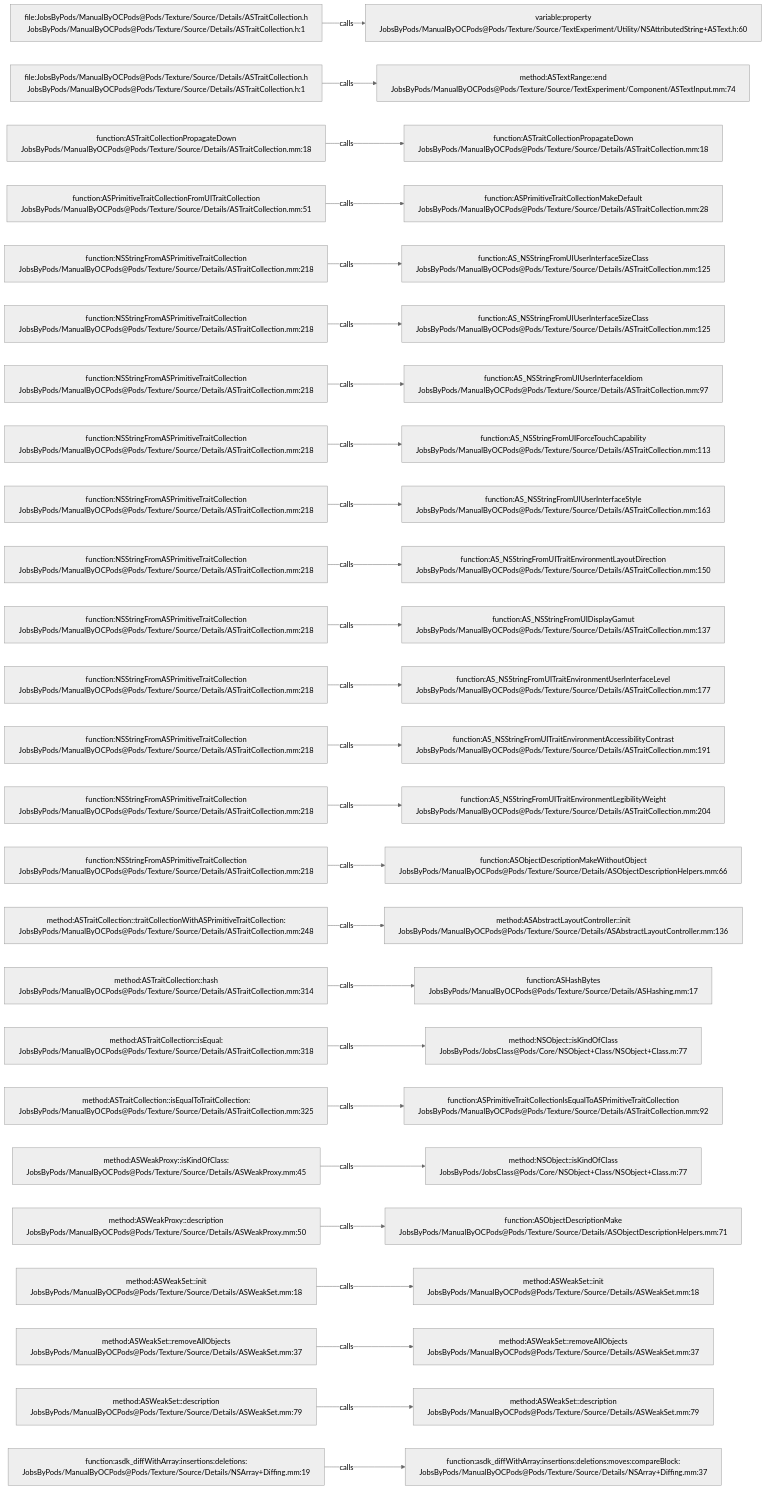
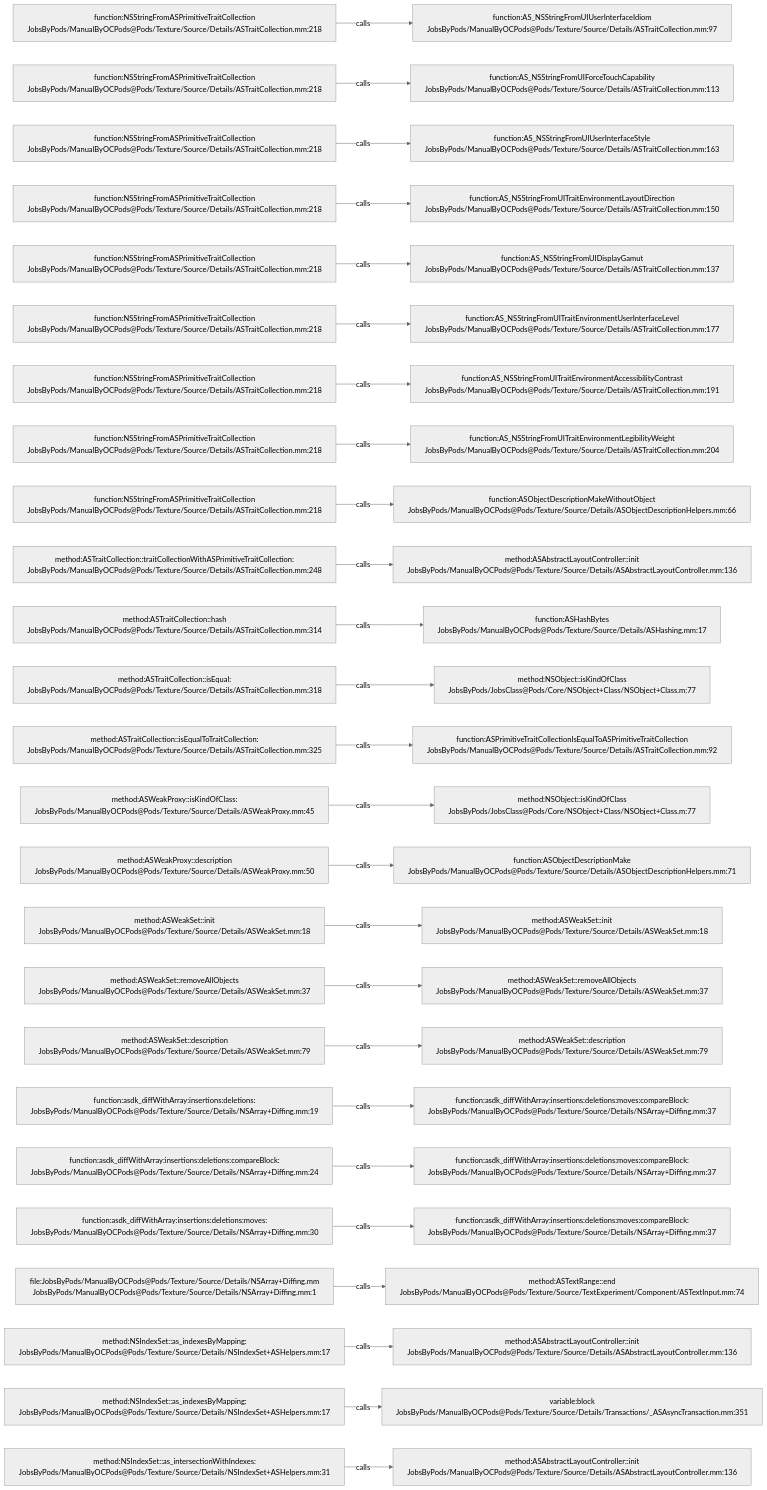
One commit to JobsKits/JobsOCBaseConfigDemo changed the diagram in .codegraph/codegraph.md/graphs/calls-159.md. Above: the diagram before and after it, drawn with Mermaid (neutral theme). The commit also changed 666 other files, not shown here.

````diff
--- a/.codegraph/codegraph.md/graphs/calls-159.md
+++ b/.codegraph/codegraph.md/graphs/calls-159.md
@@ -13,78 +13,78 @@
 ```mermaid
 flowchart LR
-  S1["file:JobsByPods/ManualByOCPods@Pods/Texture/Source/Details/ASTraitCollection.h<br/>JobsByPods/ManualByOCPods@Pods/Texture/Source/Details/ASTraitCollection.h:1"]
-  T1["variable:property<br/>JobsByPods/ManualByOCPods@Pods/Texture/Source/TextExperiment/Utility/NSAttributedString+ASText.h:60"]
+  S1["function:NSStringFromASPrimitiveTraitCollection<br/>JobsByPods/ManualByOCPods@Pods/Texture/Source/Details/ASTraitCollection.mm:218"]
+  T1["function:AS_NSStringFromUIUserInterfaceIdiom<br/>JobsByPods/ManualByOCPods@Pods/Texture/Source/Details/ASTraitCollection.mm:97"]
   S1 -->|calls| T1
-  S2["file:JobsByPods/ManualByOCPods@Pods/Texture/Source/Details/ASTraitCollection.h<br/>JobsByPods/ManualByOCPods@Pods/Texture/Source/Details/ASTraitCollection.h:1"]
-  T2["method:ASTextRange::end<br/>JobsByPods/ManualByOCPods@Pods/Texture/Source/TextExperiment/Component/ASTextInput.mm:74"]
+  S2["function:NSStringFromASPrimitiveTraitCollection<br/>JobsByPods/ManualByOCPods@Pods/Texture/Source/Details/ASTraitCollection.mm:218"]
+  T2["function:AS_NSStringFromUIForceTouchCapability<br/>JobsByPods/ManualByOCPods@Pods/Texture/Source/Details/ASTraitCollection.mm:113"]
   S2 -->|calls| T2
-  S3["function:ASTraitCollectionPropagateDown<br/>JobsByPods/ManualByOCPods@Pods/Texture/Source/Details/ASTraitCollection.mm:18"]
-  T3["function:ASTraitCollectionPropagateDown<br/>JobsByPods/ManualByOCPods@Pods/Texture/Source/Details/ASTraitCollection.mm:18"]
+  S3["function:NSStringFromASPrimitiveTraitCollection<br/>JobsByPods/ManualByOCPods@Pods/Texture/Source/Details/ASTraitCollection.mm:218"]
+  T3["function:AS_NSStringFromUIUserInterfaceStyle<br/>JobsByPods/ManualByOCPods@Pods/Texture/Source/Details/ASTraitCollection.mm:163"]
   S3 -->|calls| T3
-  S4["function:ASPrimitiveTraitCollectionFromUITraitCollection<br/>JobsByPods/ManualByOCPods@Pods/Texture/Source/Details/ASTraitCollection.mm:51"]
-  T4["function:ASPrimitiveTraitCollectionMakeDefault<br/>JobsByPods/ManualByOCPods@Pods/Texture/Source/Details/ASTraitCollection.mm:28"]
+  S4["function:NSStringFromASPrimitiveTraitCollection<br/>JobsByPods/ManualByOCPods@Pods/Texture/Source/Details/ASTraitCollection.mm:218"]
+  T4["function:AS_NSStringFromUITraitEnvironmentLayoutDirection<br/>JobsByPods/ManualByOCPods@Pods/Texture/Source/Details/ASTraitCollection.mm:150"]
   S4 -->|calls| T4
   S5["function:NSStringFromASPrimitiveTraitCollection<br/>JobsByPods/ManualByOCPods@Pods/Texture/Source/Details/ASTraitCollection.mm:218"]
-  T5["function:AS_NSStringFromUIUserInterfaceSizeClass<br/>JobsByPods/ManualByOCPods@Pods/Texture/Source/Details/ASTraitCollection.mm:125"]
+  T5["function:AS_NSStringFromUIDisplayGamut<br/>JobsByPods/ManualByOCPods@Pods/Texture/Source/Details/ASTraitCollection.mm:137"]
   S5 -->|calls| T5
   S6["function:NSStringFromASPrimitiveTraitCollection<br/>JobsByPods/ManualByOCPods@Pods/Texture/Source/Details/ASTraitCollection.mm:218"]
-  T6["function:AS_NSStringFromUIUserInterfaceSizeClass<br/>JobsByPods/ManualByOCPods@Pods/Texture/Source/Details/ASTraitCollection.mm:125"]
+  T6["function:AS_NSStringFromUITraitEnvironmentUserInterfaceLevel<br/>JobsByPods/ManualByOCPods@Pods/Texture/Source/Details/ASTraitCollection.mm:177"]
   S6 -->|calls| T6
   S7["function:NSStringFromASPrimitiveTraitCollection<br/>JobsByPods/ManualByOCPods@Pods/Texture/Source/Details/ASTraitCollection.mm:218"]
-  T7["function:AS_NSStringFromUIUserInterfaceIdiom<br/>JobsByPods/ManualByOCPods@Pods/Texture/Source/Details/ASTraitCollection.mm:97"]
+  T7["function:AS_NSStringFromUITraitEnvironmentAccessibilityContrast<br/>JobsByPods/ManualByOCPods@Pods/Texture/Source/Details/ASTraitCollection.mm:191"]
   S7 -->|calls| T7
   S8["function:NSStringFromASPrimitiveTraitCollection<br/>JobsByPods/ManualByOCPods@Pods/Texture/Source/Details/ASTraitCollection.mm:218"]
-  T8["function:AS_NSStringFromUIForceTouchCapability<br/>JobsByPods/ManualByOCPods@Pods/Texture/Source/Details/ASTraitCollection.mm:113"]
+  T8["function:AS_NSStringFromUITraitEnvironmentLegibilityWeight<br/>JobsByPods/ManualByOCPods@Pods/Texture/Source/Details/ASTraitCollection.mm:204"]
   S8 -->|calls| T8
   S9["function:NSStringFromASPrimitiveTraitCollection<br/>JobsByPods/ManualByOCPods@Pods/Texture/Source/Details/ASTraitCollection.mm:218"]
-  T9["function:AS_NSStringFromUIUserInterfaceStyle<br/>JobsByPods/ManualByOCPods@Pods/Texture/Source/Details/ASTraitCollection.mm:163"]
+  T9["function:ASObjectDescriptionMakeWithoutObject<br/>JobsByPods/ManualByOCPods@Pods/Texture/Source/Details/ASObjectDescriptionHelpers.mm:66"]
   S9 -->|calls| T9
-  S10["function:NSStringFromASPrimitiveTraitCollection<br/>JobsByPods/ManualByOCPods@Pods/Texture/Source/Details/ASTraitCollection.mm:218"]
-  T10["function:AS_NSStringFromUITraitEnvironmentLayoutDirection<br/>JobsByPods/ManualByOCPods@Pods/Texture/Source/Details/ASTraitCollection.mm:150"]
+  S10["method:ASTraitCollection::traitCollectionWithASPrimitiveTraitCollection:<br/>JobsByPods/ManualByOCPods@Pods/Texture/Source/Details/ASTraitCollection.mm:248"]
+  T10["method:ASAbstractLayoutController::init<br/>JobsByPods/ManualByOCPods@Pods/Texture/Source/Details/ASAbstractLayoutController.mm:136"]
   S10 -->|calls| T10
-  S11["function:NSStringFromASPrimitiveTraitCollection<br/>JobsByPods/ManualByOCPods@Pods/Texture/Source/Details/ASTraitCollection.mm:218"]
-  T11["function:AS_NSStringFromUIDisplayGamut<br/>JobsByPods/ManualByOCPods@Pods/Texture/Source/Details/ASTraitCollection.mm:137"]
+  S11["method:ASTraitCollection::hash<br/>JobsByPods/ManualByOCPods@Pods/Texture/Source/Details/ASTraitCollection.mm:314"]
+  T11["function:ASHashBytes<br/>JobsByPods/ManualByOCPods@Pods/Texture/Source/Details/ASHashing.mm:17"]
   S11 -->|calls| T11
-  S12["function:NSStringFromASPrimitiveTraitCollection<br/>JobsByPods/ManualByOCPods@Pods/Texture/Source/Details/ASTraitCollection.mm:218"]
-  T12["function:AS_NSStringFromUITraitEnvironmentUserInterfaceLevel<br/>JobsByPods/ManualByOCPods@Pods/Texture/Source/Details/ASTraitCollection.mm:177"]
+  S12["method:ASTraitCollection::isEqual:<br/>JobsByPods/ManualByOCPods@Pods/Texture/Source/Details/ASTraitCollection.mm:318"]
+  T12["method:NSObject::isKindOfClass<br/>JobsByPods/JobsClass@Pods/Core/NSObject+Class/NSObject+Class.m:77"]
   S12 -->|calls| T12
-  S13["function:NSStringFromASPrimitiveTraitCollection<br/>JobsByPods/ManualByOCPods@Pods/Texture/Source/Details/ASTraitCollection.mm:218"]
-  T13["function:AS_NSStringFromUITraitEnvironmentAccessibilityContrast<br/>JobsByPods/ManualByOCPods@Pods/Texture/Source/Details/ASTraitCollection.mm:191"]
+  S13["method:ASTraitCollection::isEqualToTraitCollection:<br/>JobsByPods/ManualByOCPods@Pods/Texture/Source/Details/ASTraitCollection.mm:325"]
+  T13["function:ASPrimitiveTraitCollectionIsEqualToASPrimitiveTraitCollection<br/>JobsByPods/ManualByOCPods@Pods/Texture/Source/Details/ASTraitCollection.mm:92"]
   S13 -->|calls| T13
-  S14["function:NSStringFromASPrimitiveTraitCollection<br/>JobsByPods/ManualByOCPods@Pods/Texture/Source/Details/ASTraitCollection.mm:218"]
-  T14["function:AS_NSStringFromUITraitEnvironmentLegibilityWeight<br/>JobsByPods/ManualByOCPods@Pods/Texture/Source/Details/ASTraitCollection.mm:204"]
+  S14["method:ASWeakProxy::isKindOfClass:<br/>JobsByPods/ManualByOCPods@Pods/Texture/Source/Details/ASWeakProxy.mm:45"]
+  T14["method:NSObject::isKindOfClass<br/>JobsByPods/JobsClass@Pods/Core/NSObject+Class/NSObject+Class.m:77"]
   S14 -->|calls| T14
-  S15["function:NSStringFromASPrimitiveTraitCollection<br/>JobsByPods/ManualByOCPods@Pods/Texture/Source/Details/ASTraitCollection.mm:218"]
-  T15["function:ASObjectDescriptionMakeWithoutObject<br/>JobsByPods/ManualByOCPods@Pods/Texture/Source/Details/ASObjectDescriptionHelpers.mm:66"]
+  S15["method:ASWeakProxy::description<br/>JobsByPods/ManualByOCPods@Pods/Texture/Source/Details/ASWeakProxy.mm:50"]
+  T15["function:ASObjectDescriptionMake<br/>JobsByPods/ManualByOCPods@Pods/Texture/Source/Details/ASObjectDescriptionHelpers.mm:71"]
   S15 -->|calls| T15
-  S16["method:ASTraitCollection::traitCollectionWithASPrimitiveTraitCollection:<br/>JobsByPods/ManualByOCPods@Pods/Texture/Source/Details/ASTraitCollection.mm:248"]
-  T16["method:ASAbstractLayoutController::init<br/>JobsByPods/ManualByOCPods@Pods/Texture/Source/Details/ASAbstractLayoutController.mm:136"]
+  S16["method:ASWeakSet::init<br/>JobsByPods/ManualByOCPods@Pods/Texture/Source/Details/ASWeakSet.mm:18"]
+  T16["method:ASWeakSet::init<br/>JobsByPods/ManualByOCPods@Pods/Texture/Source/Details/ASWeakSet.mm:18"]
   S16 -->|calls| T16
-  S17["method:ASTraitCollection::hash<br/>JobsByPods/ManualByOCPods@Pods/Texture/Source/Details/ASTraitCollection.mm:314"]
-  T17["function:ASHashBytes<br/>JobsByPods/ManualByOCPods@Pods/Texture/Source/Details/ASHashing.mm:17"]
+  S17["method:ASWeakSet::removeAllObjects<br/>JobsByPods/ManualByOCPods@Pods/Texture/Source/Details/ASWeakSet.mm:37"]
+  T17["method:ASWeakSet::removeAllObjects<br/>JobsByPods/ManualByOCPods@Pods/Texture/Source/Details/ASWeakSet.mm:37"]
   S17 -->|calls| T17
-  S18["method:ASTraitCollection::isEqual:<br/>JobsByPods/ManualByOCPods@Pods/Texture/Source/Details/ASTraitCollection.mm:318"]
-  T18["method:NSObject::isKindOfClass<br/>JobsByPods/JobsClass@Pods/Core/NSObject+Class/NSObject+Class.m:77"]
+  S18["method:ASWeakSet::description<br/>JobsByPods/ManualByOCPods@Pods/Texture/Source/Details/ASWeakSet.mm:79"]
+  T18["method:ASWeakSet::description<br/>JobsByPods/ManualByOCPods@Pods/Texture/Source/Details/ASWeakSet.mm:79"]
   S18 -->|calls| T18
-  S19["method:ASTraitCollection::isEqualToTraitCollection:<br/>JobsByPods/ManualByOCPods@Pods/Texture/Source/Details/ASTraitCollection.mm:325"]
-  T19["function:ASPrimitiveTraitCollectionIsEqualToASPrimitiveTraitCollection<br/>JobsByPods/ManualByOCPods@Pods/Texture/Source/Details/ASTraitCollection.mm:92"]
+  S19["function:asdk_diffWithArray:insertions:deletions:<br/>JobsByPods/ManualByOCPods@Pods/Texture/Source/Details/NSArray+Diffing.mm:19"]
+  T19["function:asdk_diffWithArray:insertions:deletions:moves:compareBlock:<br/>JobsByPods/ManualByOCPods@Pods/Texture/Source/Details/NSArray+Diffing.mm:37"]
   S19 -->|calls| T19
-  S20["method:ASWeakProxy::isKindOfClass:<br/>JobsByPods/ManualByOCPods@Pods/Texture/Source/Details/ASWeakProxy.mm:45"]
-  T20["method:NSObject::isKindOfClass<br/>JobsByPods/JobsClass@Pods/Core/NSObject+Class/NSObject+Class.m:77"]
+  S20["function:asdk_diffWithArray:insertions:deletions:compareBlock:<br/>JobsByPods/ManualByOCPods@Pods/Texture/Source/Details/NSArray+Diffing.mm:24"]
+  T20["function:asdk_diffWithArray:insertions:deletions:moves:compareBlock:<br/>JobsByPods/ManualByOCPods@Pods/Texture/Source/Details/NSArray+Diffing.mm:37"]
   S20 -->|calls| T20
-  S21["method:ASWeakProxy::description<br/>JobsByPods/ManualByOCPods@Pods/Texture/Source/Details/ASWeakProxy.mm:50"]
-  T21["function:ASObjectDescriptionMake<br/>JobsByPods/ManualByOCPods@Pods/Texture/Source/Details/ASObjectDescriptionHelpers.mm:71"]
+  S21["function:asdk_diffWithArray:insertions:deletions:moves:<br/>JobsByPods/ManualByOCPods@Pods/Texture/Source/Details/NSArray+Diffing.mm:30"]
+  T21["function:asdk_diffWithArray:insertions:deletions:moves:compareBlock:<br/>JobsByPods/ManualByOCPods@Pods/Texture/Source/Details/NSArray+Diffing.mm:37"]
   S21 -->|calls| T21
-  S22["method:ASWeakSet::init<br/>JobsByPods/ManualByOCPods@Pods/Texture/Source/Details/ASWeakSet.mm:18"]
-  T22["method:ASWeakSet::init<br/>JobsByPods/ManualByOCPods@Pods/Texture/Source/Details/ASWeakSet.mm:18"]
+  S22["file:JobsByPods/ManualByOCPods@Pods/Texture/Source/Details/NSArray+Diffing.mm<br/>JobsByPods/ManualByOCPods@Pods/Texture/Source/Details/NSArray+Diffing.mm:1"]
+  T22["method:ASTextRange::end<br/>JobsByPods/ManualByOCPods@Pods/Texture/Source/TextExperiment/Component/ASTextInput.mm:74"]
   S22 -->|calls| T22
-  S23["method:ASWeakSet::removeAllObjects<br/>JobsByPods/ManualByOCPods@Pods/Texture/Source/Details/ASWeakSet.mm:37"]
-  T23["method:ASWeakSet::removeAllObjects<br/>JobsByPods/ManualByOCPods@Pods/Texture/Source/Details/ASWeakSet.mm:37"]
+  S23["method:NSIndexSet::as_indexesByMapping:<br/>JobsByPods/ManualByOCPods@Pods/Texture/Source/Details/NSIndexSet+ASHelpers.mm:17"]
+  T23["method:ASAbstractLayoutController::init<br/>JobsByPods/ManualByOCPods@Pods/Texture/Source/Details/ASAbstractLayoutController.mm:136"]
   S23 -->|calls| T23
-  S24["method:ASWeakSet::description<br/>JobsByPods/ManualByOCPods@Pods/Texture/Source/Details/ASWeakSet.mm:79"]
-  T24["method:ASWeakSet::description<br/>JobsByPods/ManualByOCPods@Pods/Texture/Source/Details/ASWeakSet.mm:79"]
+  S24["method:NSIndexSet::as_indexesByMapping:<br/>JobsByPods/ManualByOCPods@Pods/Texture/Source/Details/NSIndexSet+ASHelpers.mm:17"]
+  T24["variable:block<br/>JobsByPods/ManualByOCPods@Pods/Texture/Source/Details/Transactions/_ASAsyncTransaction.mm:351"]
   S24 -->|calls| T24
-  S25["function:asdk_diffWithArray:insertions:deletions:<br/>JobsByPods/ManualByOCPods@Pods/Texture/Source/Details/NSArray+Diffing.mm:19"]
-  T25["function:asdk_diffWithArray:insertions:deletions:moves:compareBlock:<br/>JobsByPods/ManualByOCPods@Pods/Texture/Source/Details/NSArray+Diffing.mm:37"]
+  S25["method:NSIndexSet::as_intersectionWithIndexes:<br/>JobsByPods/ManualByOCPods@Pods/Texture/Source/Details/NSIndexSet+ASHelpers.mm:31"]
+  T25["method:ASAbstractLayoutController::init<br/>JobsByPods/ManualByOCPods@Pods/Texture/Source/Details/ASAbstractLayoutController.mm:136"]
   S25 -->|calls| T25
 ```
````
